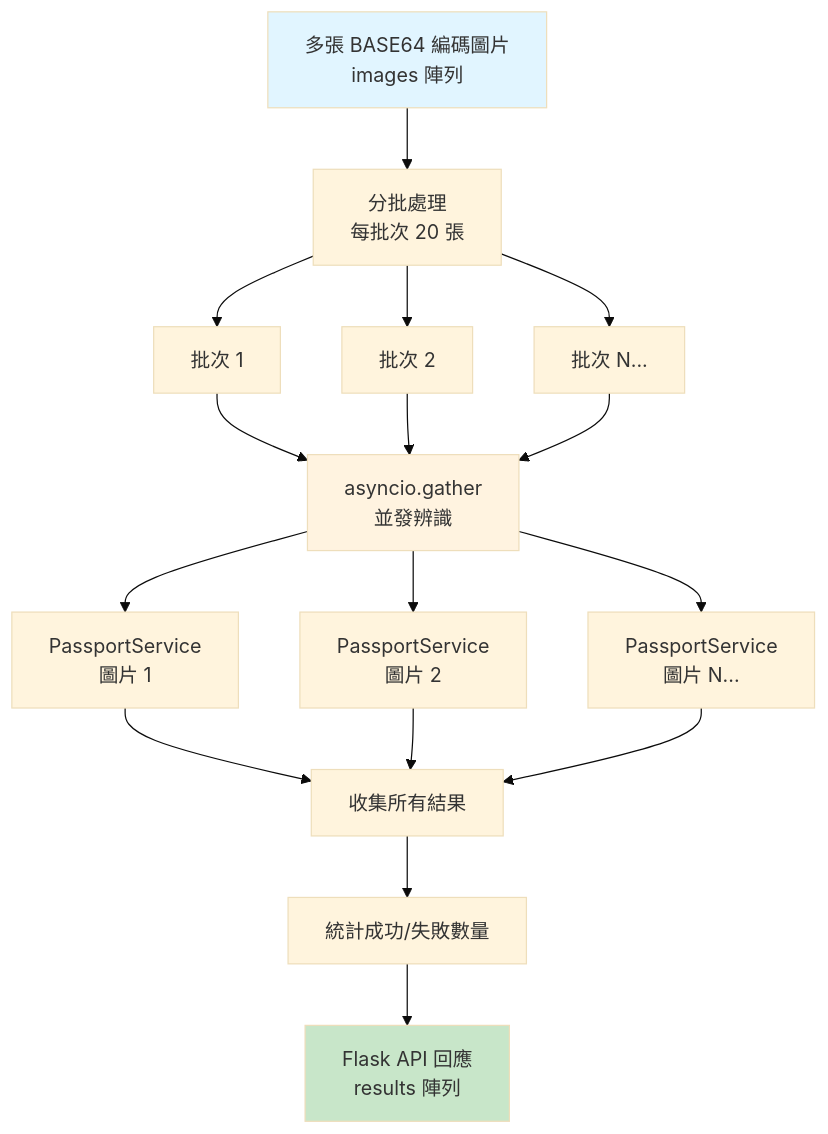
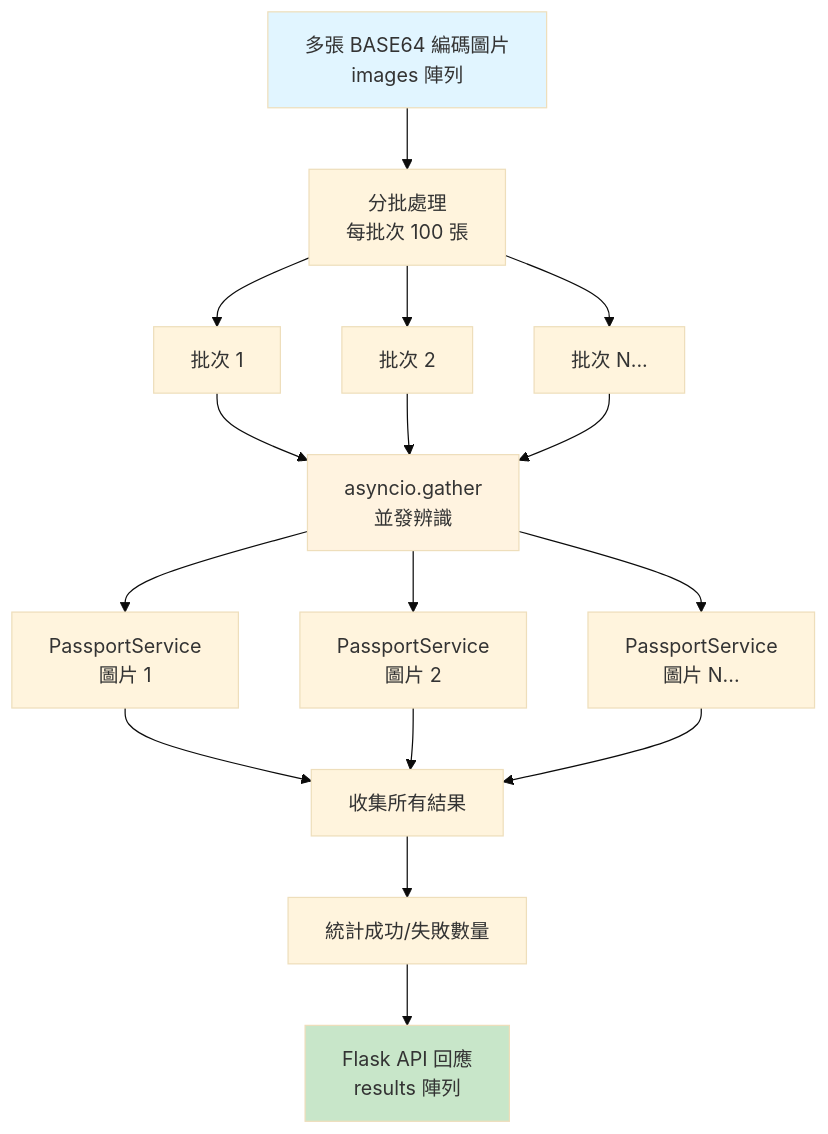
One commit to wu02067602/Passport-image-recognition changed the fourth of 5 diagrams in 元件圖.md. Above: the diagram before and after it, drawn with Mermaid (base theme). The commit also changed 4 other files, not shown here.

````diff
--- a/元件圖.md
+++ b/元件圖.md
@@ -115,28 +115,28 @@
 ```mermaid
 graph TD
-    A[多張 BASE64 編碼圖片<br/>images 陣列] --> B[分批處理<br/>每批次 20 張]
+    A[多張 BASE64 編碼圖片<br/>images 陣列] --> B[分批處理<br/>每批次 100 張]
     
     B --> C1[批次 1]
     B --> C2[批次 2]
     B --> C3[批次 N...]
     
     C1 --> D[asyncio.gather<br/>並發辨識]
     C2 --> D
     C3 --> D
     
     D --> E1[PassportService<br/>圖片 1]
     D --> E2[PassportService<br/>圖片 2]
     D --> E3[PassportService<br/>圖片 N...]
     
     E1 --> F[收集所有結果]
     E2 --> F
     E3 --> F
     
     F --> G[統計成功/失敗數量]
     
     G --> H[Flask API 回應<br/>results 陣列]
     
     style A fill:#e1f5ff
     style D fill:#fff3e0
     style H fill:#c8e6c9
 ```
````
